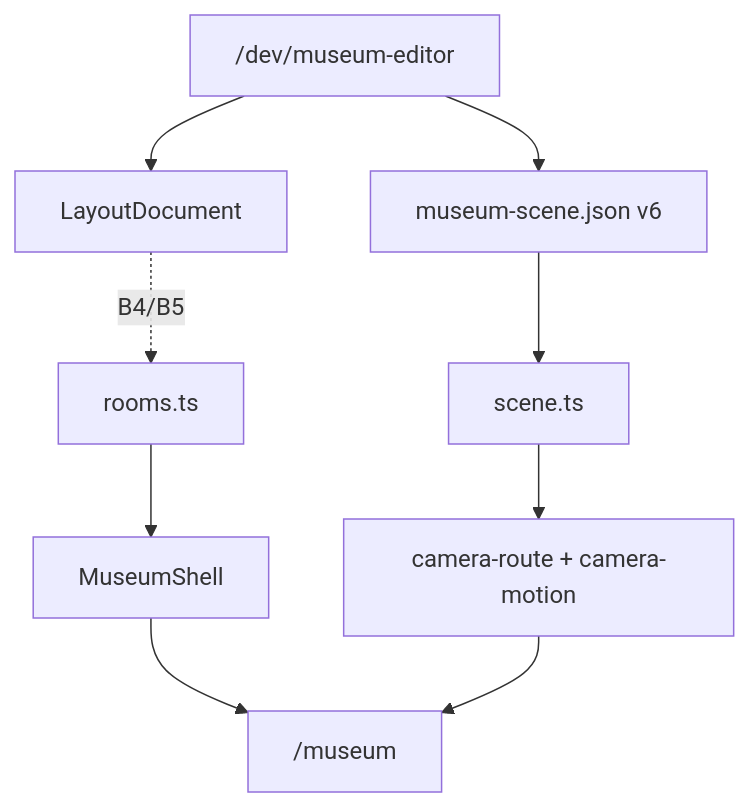
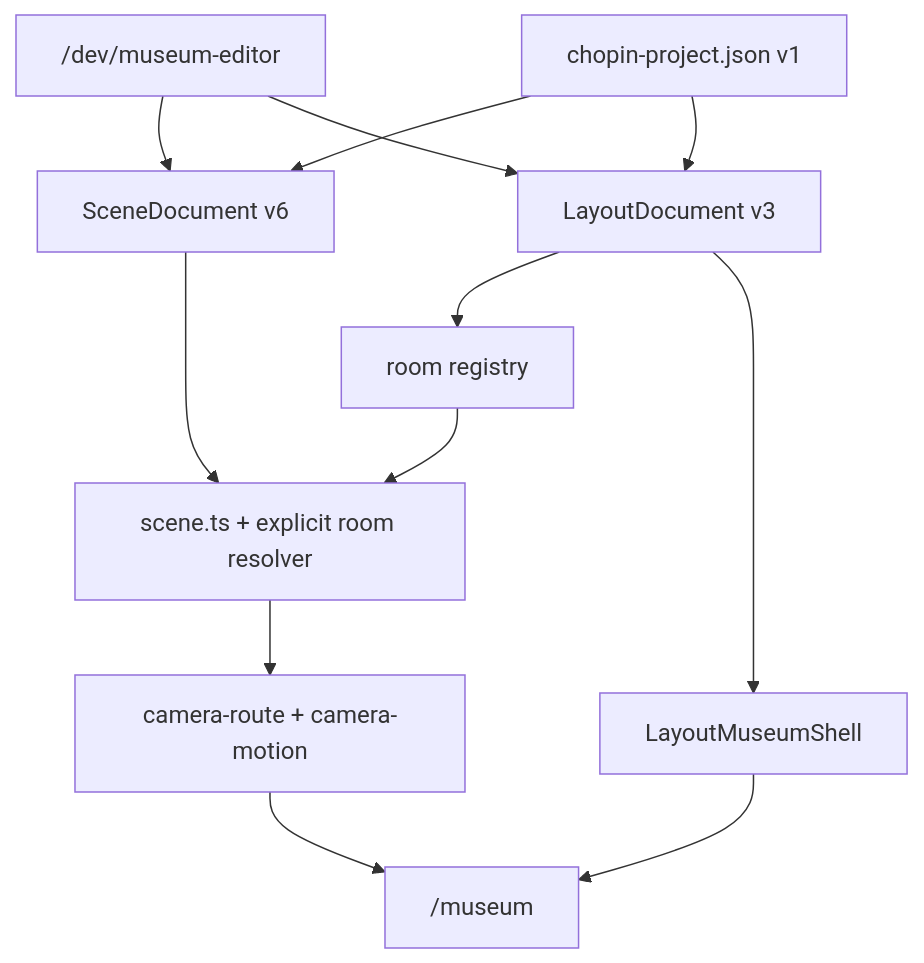
The diagram in docs/README.md (toni8699/Museum), drawn with Mermaid before and after one commit. The commit also changed other lines of this file and 71 other files, not shown here.

````diff
--- a/docs/README.md
+++ b/docs/README.md
@@ -28,11 +28,14 @@
 ```mermaid
 flowchart TB
-  Editor["/dev/museum-editor"] --> SceneDoc["museum-scene.json v6"]
-  Editor --> LayoutDoc["LayoutDocument"]
-  SceneDoc --> Resolve["scene.ts"]
-  Rooms["rooms.ts"] --> Shell["MuseumShell"]
-  LayoutDoc -.->|"B4/B5"| Rooms
+  Editor["/dev/museum-editor"] --> SceneDoc["SceneDocument v6"]
+  Editor --> LayoutDoc["LayoutDocument v3"]
+  Project["chopin-project.json v1"] --> SceneDoc
+  Project --> LayoutDoc
+  SceneDoc --> Resolve["scene.ts + explicit room resolver"]
+  LayoutDoc --> Registry["room registry"]
+  LayoutDoc --> Shell["LayoutMuseumShell"]
   Resolve --> Motion["camera-route + camera-motion"]
+  Registry --> Resolve
   Shell --> Visitor["/museum"]
   Motion --> Visitor
 ```
````
